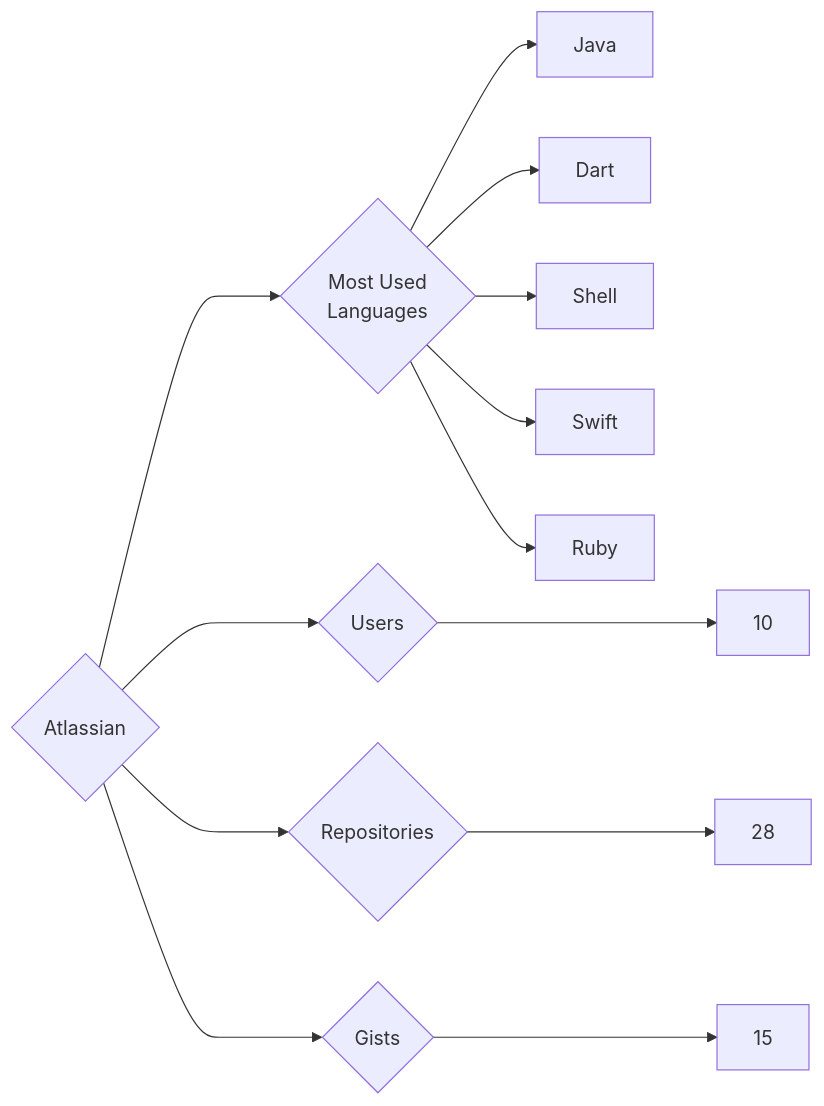
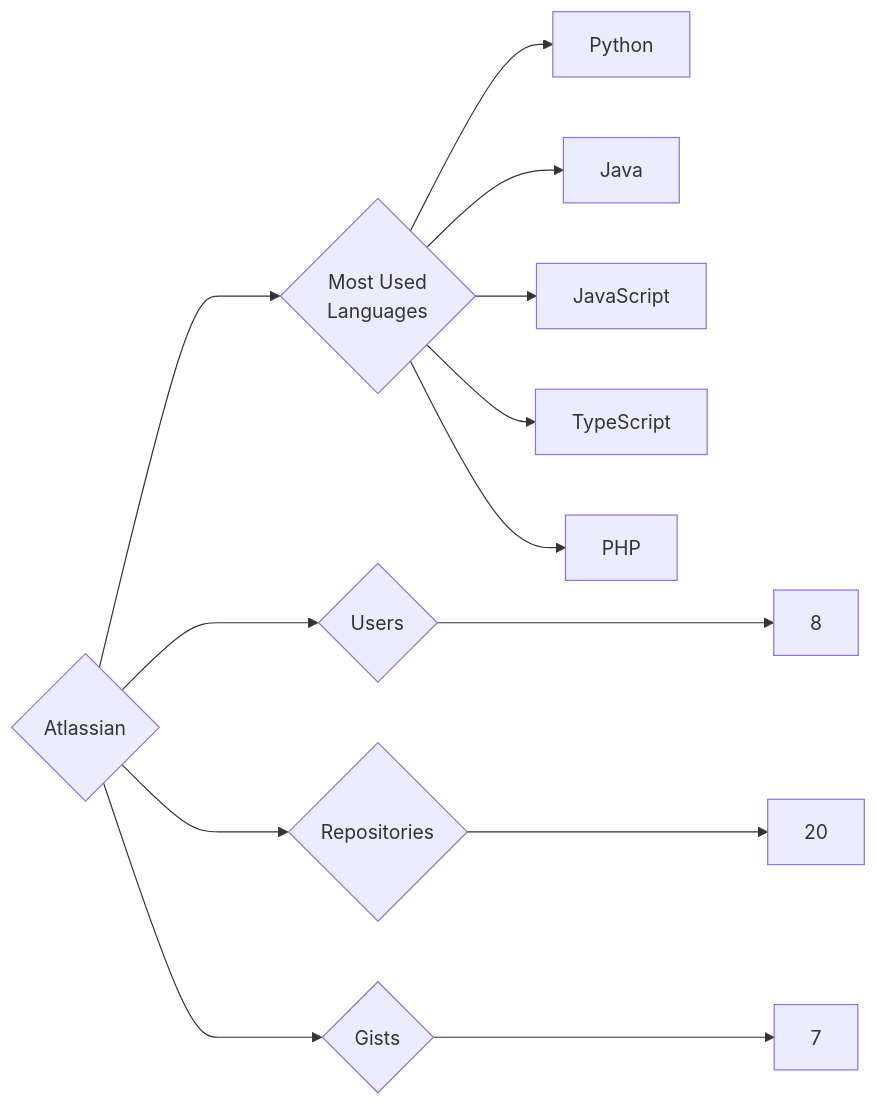
The diagram in targets/Atlassian/README.md (trickest/insiders), drawn with Mermaid before and after one commit. The commit also changed 1078 other files, not shown here.

````diff
--- a/targets/Atlassian/README.md
+++ b/targets/Atlassian/README.md
@@ -3,13 +3,13 @@
 ```mermaid
 graph LR
 COMPANY_NAME{Atlassian}
-COMPANY_NAME ---> U{Users} ---> UN[10]
-COMPANY_NAME ---> R{Repositories} ---> RN[28]
-COMPANY_NAME ---> G{Gists} ---> GN[15]
+COMPANY_NAME ---> U{Users} ---> UN[8]
+COMPANY_NAME ---> R{Repositories} ---> RN[20]
+COMPANY_NAME ---> G{Gists} ---> GN[7]
 COMPANY_NAME ---> ML{Most Used<br>Languages}
+ML --> Python[Python]
 ML --> Java[Java]
-ML --> Dart[Dart]
-ML --> Shell[Shell]
-ML --> Swift[Swift]
-ML --> Ruby[Ruby]
+ML --> JavaScript[JavaScript]
+ML --> TypeScript[TypeScript]
+ML --> PHP[PHP]
 ```
````
